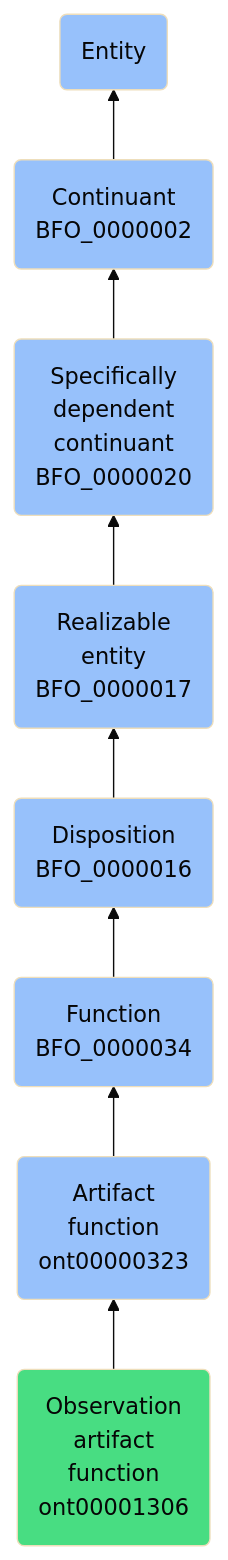
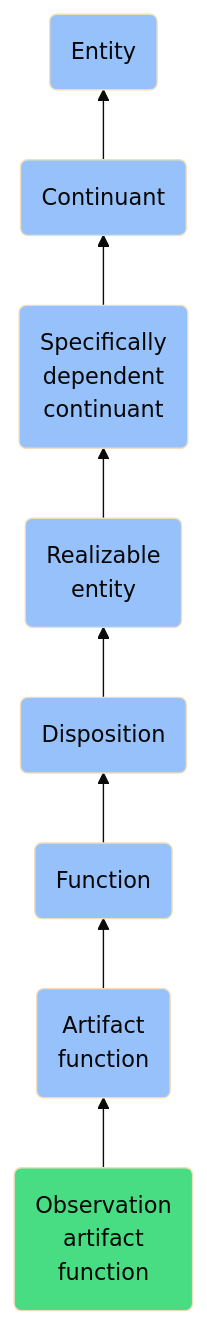
The diagram in docs/ontology/reference/model/Entity/Continuant/Specifically dependent continuant/Realizable entity/Disposition/Function/Artifact function/Observation artifact function/Observation artifact function.md (jupyter-naas/abi), drawn with Mermaid (base theme) before and after one commit. The commit also changed other lines of this file and 1430 other files, not shown here.

````diff
--- a/docs/ontology/reference/model/Entity/Continuant/Specifically dependent continuant/Realizable entity/Disposition/Function/Artifact function/Observation artifact function/Observation artifact function.md
+++ b/docs/ontology/reference/model/Entity/Continuant/Specifically dependent continuant/Realizable entity/Disposition/Function/Artifact function/Observation artifact function/Observation artifact function.md
@@ -24,15 +24,15 @@
 ```mermaid
 graph BT
-    ont00001306(Observation<br>artifact<br>function<br>ont00001306):::ABI-->ont00000323
-    ont00000323(Artifact<br>function<br>ont00000323):::BFO-->BFO_0000034
-    BFO_0000034(Function<br>BFO_0000034):::BFO-->BFO_0000016
-    BFO_0000016(Disposition<br>BFO_0000016):::BFO-->BFO_0000017
-    BFO_0000017(Realizable<br>entity<br>BFO_0000017):::BFO-->BFO_0000020
-    BFO_0000020(Specifically<br>dependent<br>continuant<br>BFO_0000020):::BFO-->BFO_0000002
-    BFO_0000002(Continuant<br>BFO_0000002):::BFO-->BFO_0000001
+    ont00001306(Observation<br>artifact<br>function):::ABI-->ont00000323
+    ont00000323(Artifact<br>function):::BFO-->BFO_0000034
+    BFO_0000034(Function):::BFO-->BFO_0000016
+    BFO_0000016(Disposition):::BFO-->BFO_0000017
+    BFO_0000017(Realizable<br>entity):::BFO-->BFO_0000020
+    BFO_0000020(Specifically<br>dependent<br>continuant):::BFO-->BFO_0000002
+    BFO_0000002(Continuant):::BFO-->BFO_0000001
     BFO_0000001(Entity):::BFO
     
     classDef BFO fill:#97c1fb,color:#060606
     classDef CCO fill:#e4c51e,color:#060606
     classDef ABI fill:#48DD82,color:#060606
 ```
````
